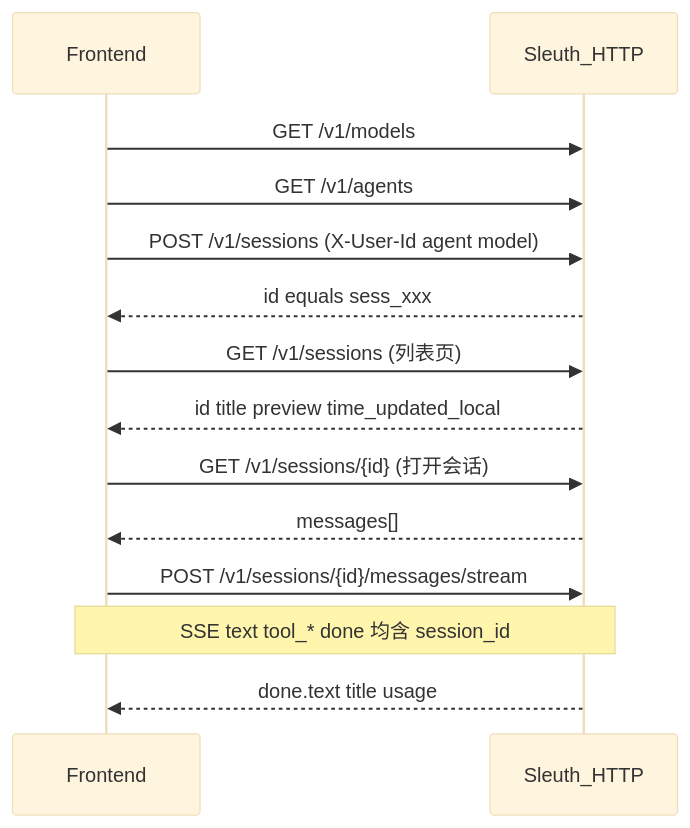
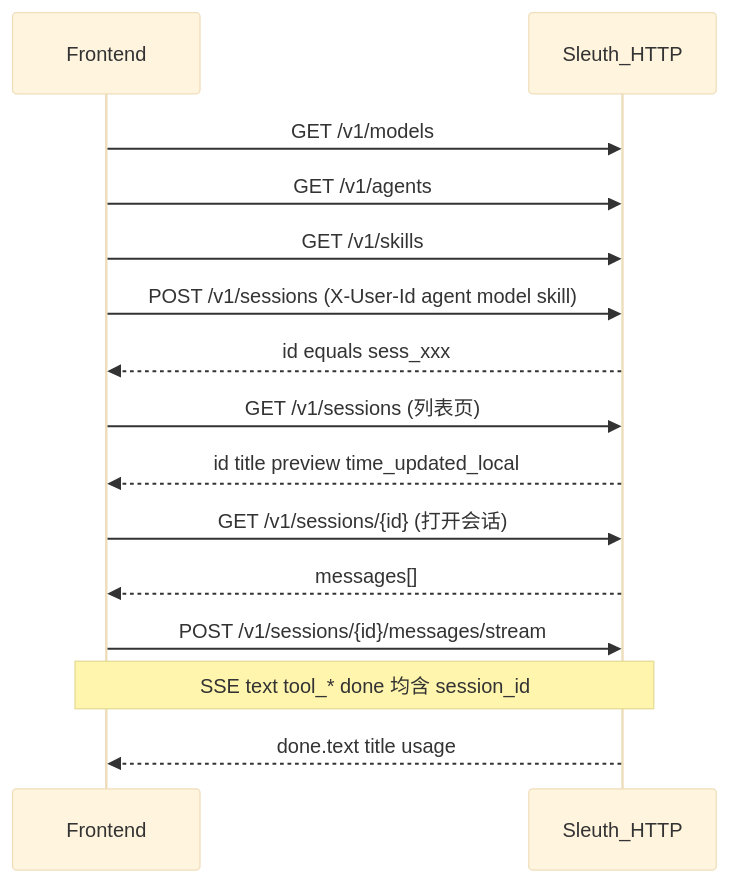
One commit to ldystudy0913-jpg/sleuth changed the diagram in docs/API.md. Above: the diagram before and after it, drawn with Mermaid (base theme). The commit also changed other lines of this file and 31 other files, not shown here.

````diff
--- a/docs/API.md
+++ b/docs/API.md
@@ -722,16 +748,17 @@
 ```mermaid
 sequenceDiagram
   participant FE as Frontend
   participant API as Sleuth_HTTP
   FE->>API: GET /v1/models
   FE->>API: GET /v1/agents
-  FE->>API: POST /v1/sessions (X-User-Id agent model)
+  FE->>API: GET /v1/skills
+  FE->>API: POST /v1/sessions (X-User-Id agent model skill)
   API-->>FE: id equals sess_xxx
   FE->>API: GET /v1/sessions (列表页)
   API-->>FE: id title preview time_updated_local
   FE->>API: GET /v1/sessions/{id} (打开会话)
   API-->>FE: messages[]
   FE->>API: POST /v1/sessions/{id}/messages/stream
   Note over FE,API: SSE text tool_* done 均含 session_id
   API-->>FE: done.text title usage
 ```
````
